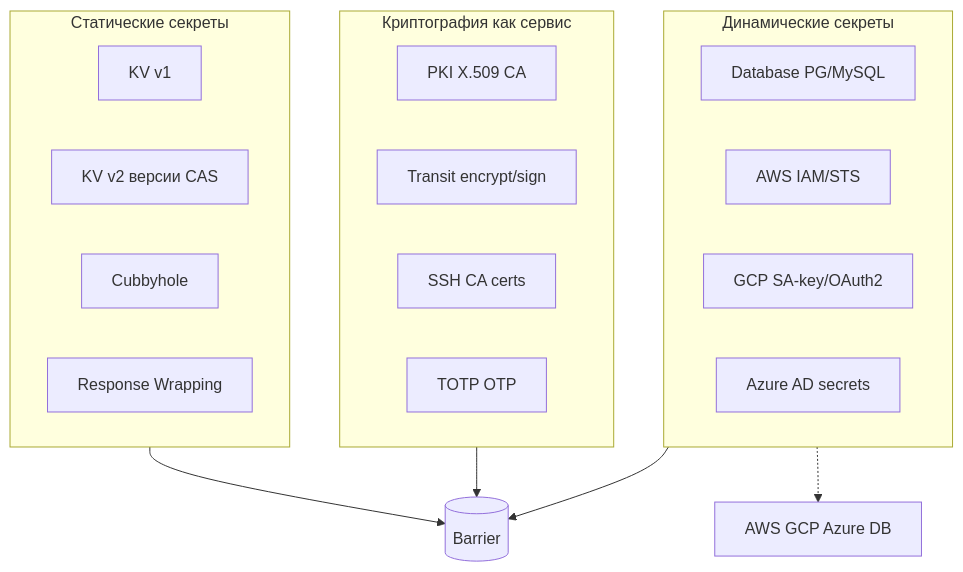
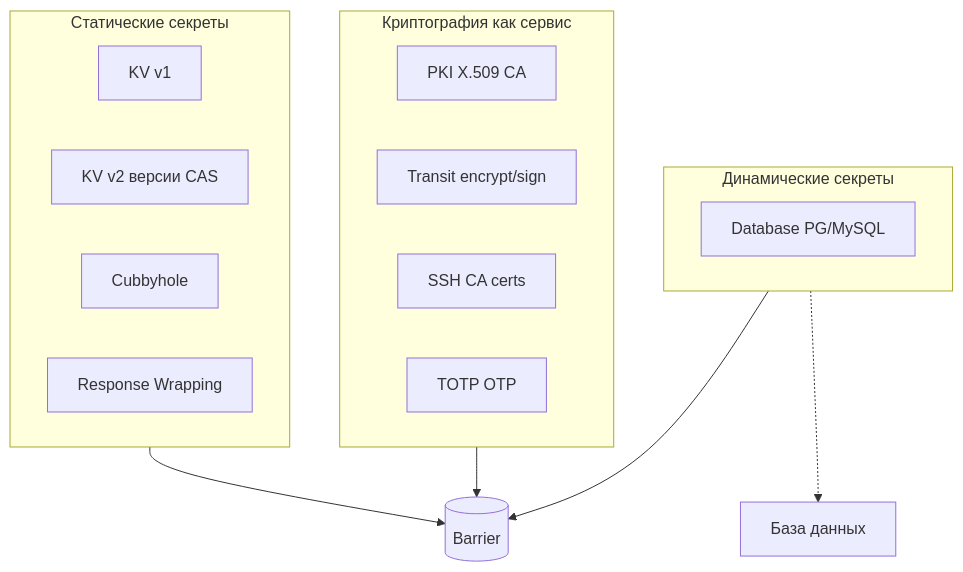
One commit to NAGenaev/tuck changed the sixth of 9 diagrams in docs/02-architecture.md. Above: the diagram before and after it, drawn with Mermaid. The commit also changed other lines of this file and 23 other files, not shown here.

````diff
--- a/docs/02-architecture.md
+++ b/docs/02-architecture.md
@@ -271,27 +264,24 @@
 ```mermaid
 flowchart TB
     subgraph static["Статические секреты"]
         KV1[KV v1]
         KV2["KV v2 версии CAS"]
         CUB[Cubbyhole]
         WRAP[Response Wrapping]
     end
     subgraph dyn["Динамические секреты"]
         DB[Database PG/MySQL]
-        AWS[AWS IAM/STS]
-        GCP[GCP SA-key/OAuth2]
-        AZ[Azure AD secrets]
     end
     subgraph cr["Криптография как сервис"]
         PKI["PKI X.509 CA"]
         TR["Transit encrypt/sign"]
         SSH["SSH CA certs"]
         TOTP["TOTP OTP"]
     end
     BAR[(Barrier)]
-    EXT["AWS GCP Azure DB"]
+    EXT["База данных"]
     static --> BAR
     dyn --> BAR
     cr --> BAR
     dyn -.-> EXT
 ```
````
